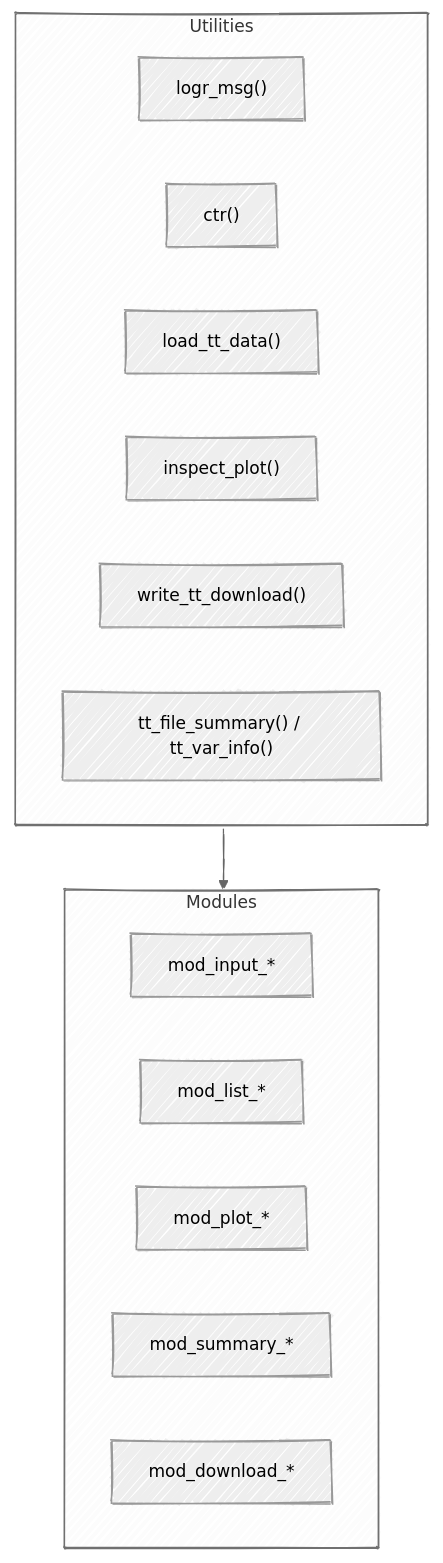
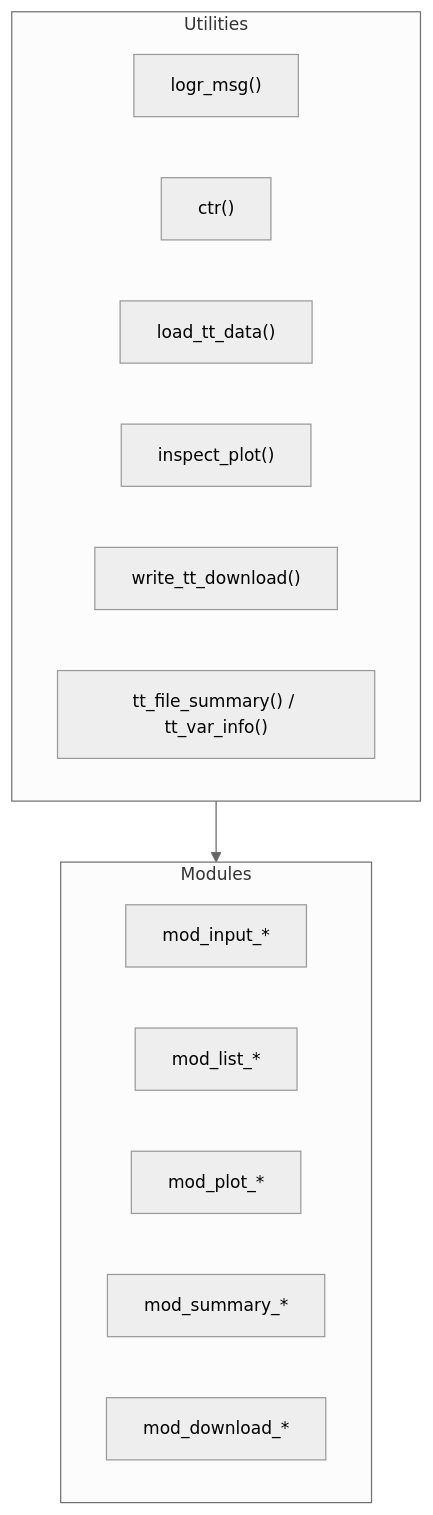
One commit to mjfrigaard/ttdviewer changed the third of 4 diagrams in README.md. Above: the diagram before and after it, drawn with Mermaid. The commit also changed other lines of this file, not shown here.

Commit message:
updates to mermaid

````diff
--- a/README.md
+++ b/README.md
@@ -74,20 +74,20 @@
 ``` mermaid
-%%{init: {'theme': 'neutral', 'look': 'handDrawn', 'themeVariables': { 'fontFamily': 'monospace', 'fontSize':'14px'}}}%%
+%%{init: {'theme': 'neutral','themeVariables': { 'fontFamily': 'monospace', 'fontSize':'14px'}}}%%
 flowchart TB
   subgraph Utilities
     Log["logr_msg()"]
     Ctr["ctr()"]
     Load["load_tt_data()"]
     Inspect["inspect_plot()"]
     Write["write_tt_download()"]
     Summarise["tt_file_summary() / tt_var_info()"]
   end
   subgraph Modules
     ModInput["mod_input_*"]
     ModList["mod_list_*"]
     ModPlot["mod_plot_*"]
     ModSummary["mod_summary_*"]
     ModDownload["mod_download_*"]
   end
   Utilities --> Modules
 ```
````
